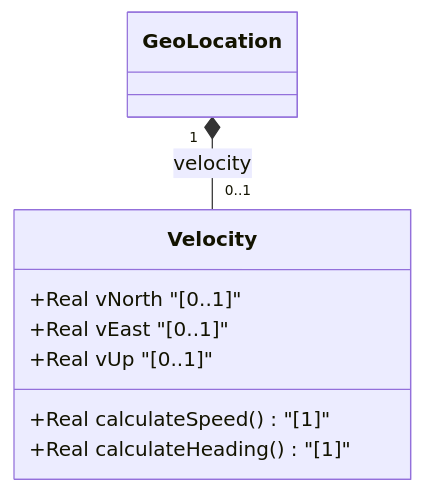
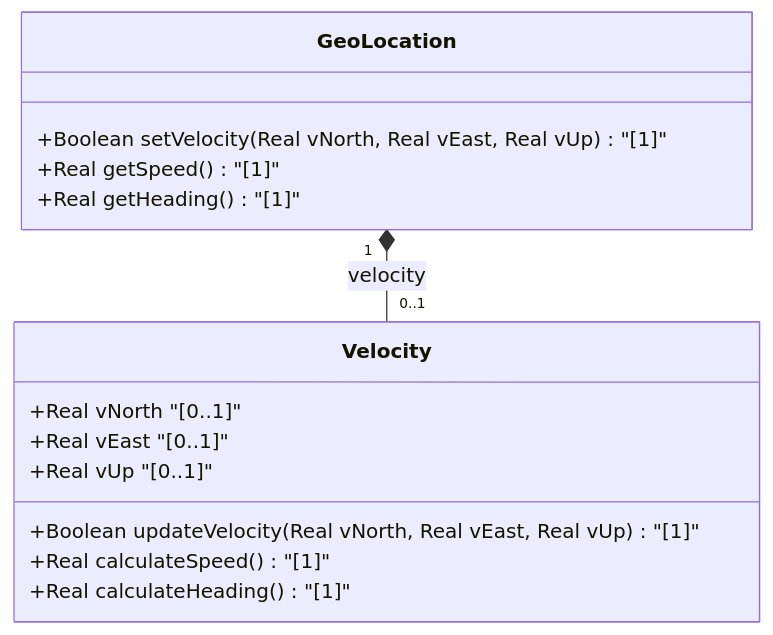
Before and after one commit to gintatkinson/3dgs-037: the diagram in docs/features/feat-12-motion-and-velocity-vectors.md, drawn with Mermaid. The commit also changed other lines of this file and 8 other files, not shown here.

````diff
--- a/docs/features/feat-12-motion-and-velocity-vectors.md
+++ b/docs/features/feat-12-motion-and-velocity-vectors.md
@@ -31,13 +31,17 @@
 ```mermaid
 classDiagram
     class GeoLocation {
+        +Boolean setVelocity(Real vNorth, Real vEast, Real vUp) "[1]"
+        +Real getSpeed() "[1]"
+        +Real getHeading() "[1]"
     }
     class Velocity {
         +Real vNorth "[0..1]"
         +Real vEast "[0..1]"
         +Real vUp "[0..1]"
+        +Boolean updateVelocity(Real vNorth, Real vEast, Real vUp) "[1]"
         +Real calculateSpeed() "[1]"
         +Real calculateHeading() "[1]"
     }
     GeoLocation "1" *-- "0..1" Velocity : velocity
 ```
````
